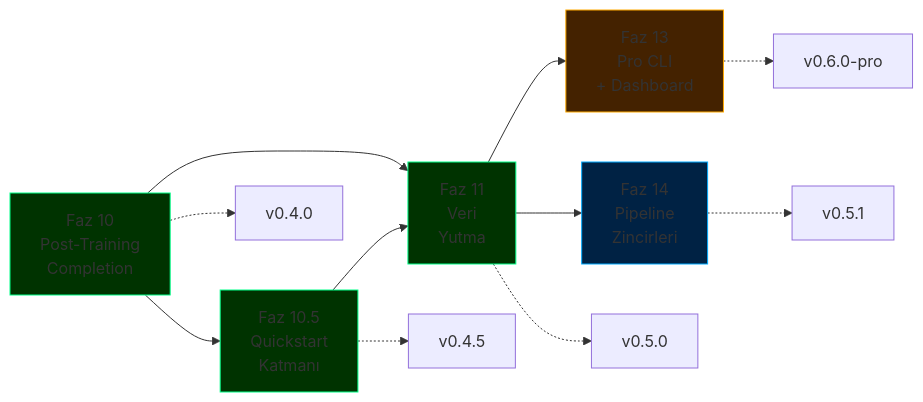
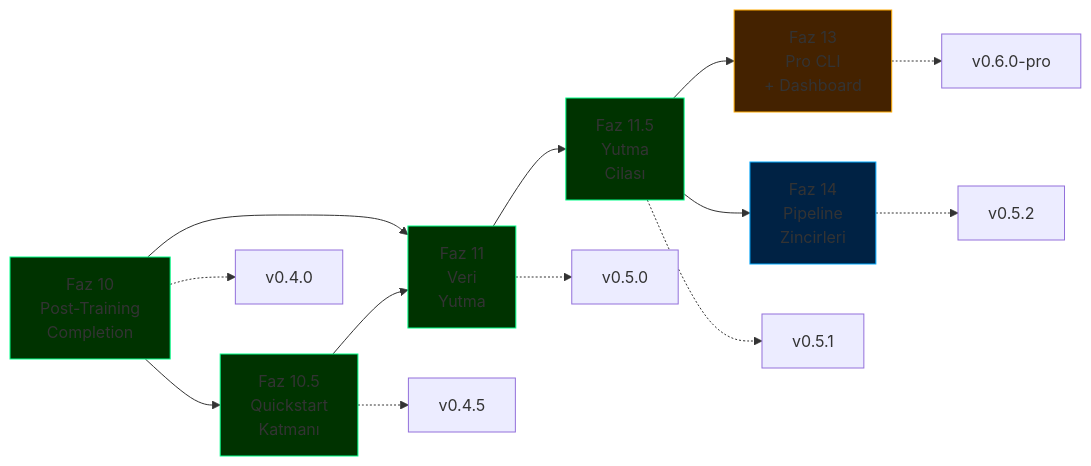
The diagram in docs/roadmap-tr.md (cemililik/ForgeLM), drawn with Mermaid before and after one commit. The commit also changed other lines of this file and 21 other files, not shown here.

````diff
--- a/docs/roadmap-tr.md
+++ b/docs/roadmap-tr.md
@@ -28,20 +29,23 @@
 ```mermaid
 graph LR
     P10[Faz 10<br/>Post-Training<br/>Completion] --> P105[Faz 10.5<br/>Quickstart<br/>Katmanı]
     P10 --> P11[Faz 11<br/>Veri<br/>Yutma]
     P105 --> P11
-    P11 --> P13[Faz 13<br/>Pro CLI<br/>+ Dashboard]
-    P11 --> P14[Faz 14<br/>Pipeline<br/>Zincirleri]
+    P11 --> P115[Faz 11.5<br/>Yutma<br/>Cilası]
+    P115 --> P13[Faz 13<br/>Pro CLI<br/>+ Dashboard]
+    P115 --> P14[Faz 14<br/>Pipeline<br/>Zincirleri]
 
     P10 -.-> V1[v0.4.0]
     P105 -.-> V15[v0.4.5]
     P11 -.-> V2[v0.5.0]
-    P14 -.-> V25[v0.5.1]
+    P115 -.-> V21[v0.5.1]
+    P14 -.-> V25[v0.5.2]
     P13 -.-> V3[v0.6.0-pro]
 
     style P10 fill:#003300,stroke:#00ff88
     style P105 fill:#003300,stroke:#00ff88
     style P11 fill:#003300,stroke:#00ff88
+    style P115 fill:#003300,stroke:#00ff88
     style P13 fill:#442200,stroke:#ffaa00
     style P14 fill:#002244,stroke:#00aaff
 ```
````
